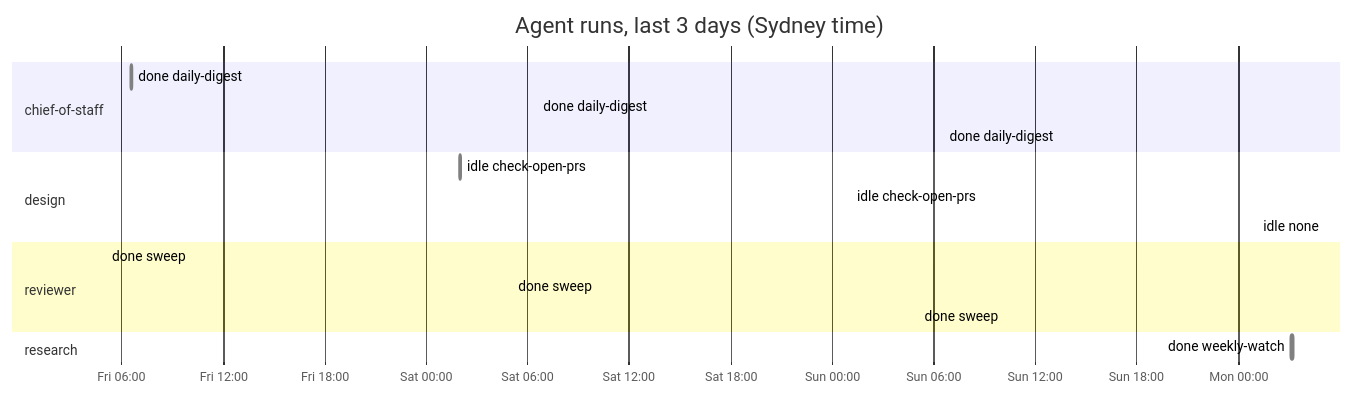
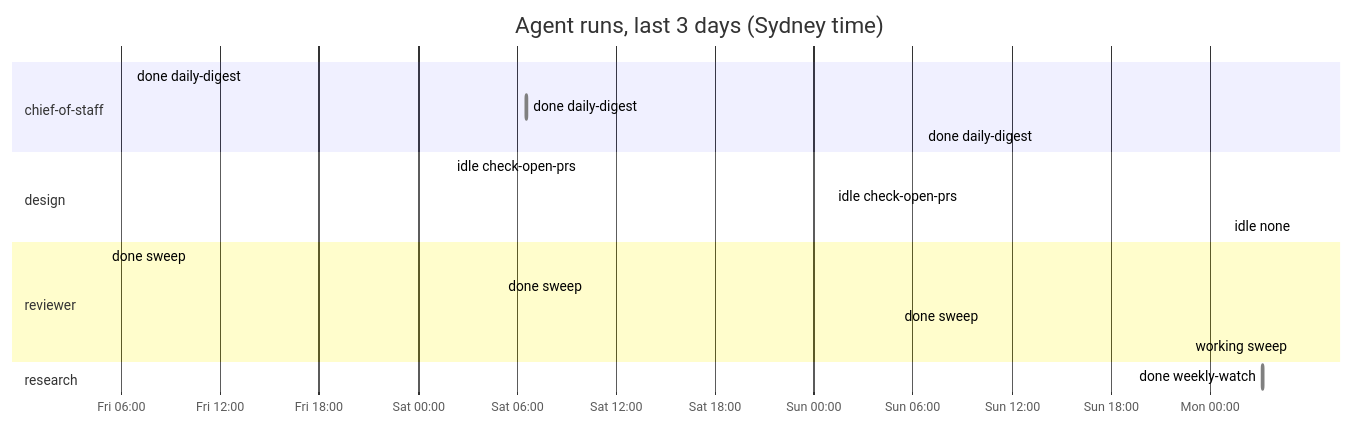
One commit to roulmediateam-byte/fifteen-expert-hq changed the diagram in dashboard.md. Above: the diagram before and after it, drawn with Mermaid. The commit also changed other lines of this file and 1 other file, not shown here.

````diff
--- a/dashboard.md
+++ b/dashboard.md
@@ -42,20 +42,21 @@
 ```mermaid
 gantt
     title Agent runs, last 3 days (Sydney time)
     dateFormat YYYY-MM-DD HH:mm
     axisFormat %a %H:%M
     section chief-of-staff
     done daily-digest :done, 2026-11-13 06:34, 2026-11-13 06:36
     done daily-digest :done, 2026-11-14 06:35, 2026-11-14 06:36
     done daily-digest :done, 2026-11-15 06:35, 2026-11-15 06:36
     section design
     idle check-open-prs :done, 2026-11-14 02:01, 2026-11-14 02:02
     idle check-open-prs :done, 2026-11-15 01:08, 2026-11-15 01:09
     idle none :done, 2026-11-16 01:08, 2026-11-16 01:08
     section reviewer
     done sweep :done, 2026-11-13 05:05, 2026-11-13 05:05
     done sweep :done, 2026-11-14 05:05, 2026-11-14 05:06
     done sweep :done, 2026-11-15 05:07, 2026-11-15 05:08
+    working sweep :active, 2026-11-16 05:05, 2026-11-16 05:05
     section research
     done weekly-watch :done, 2026-11-16 03:10, 2026-11-16 03:17
 ```
````
